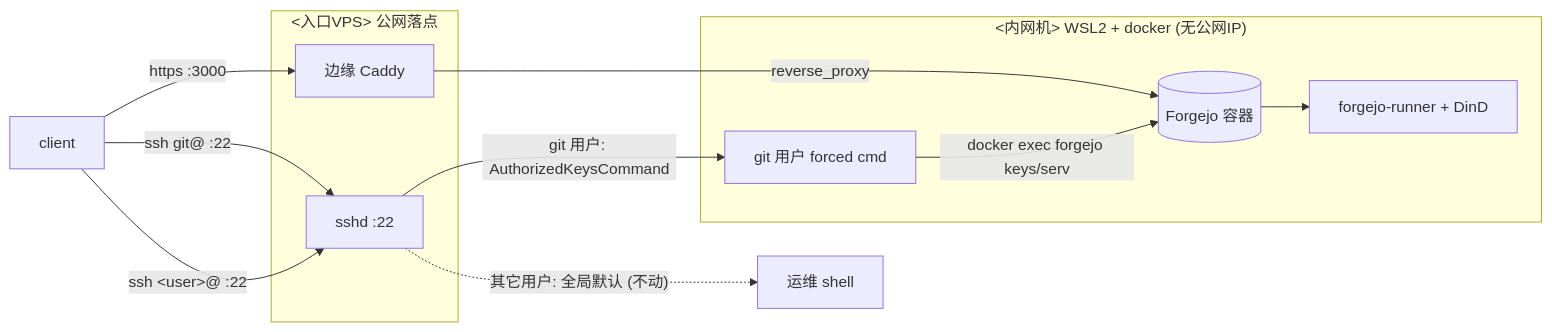
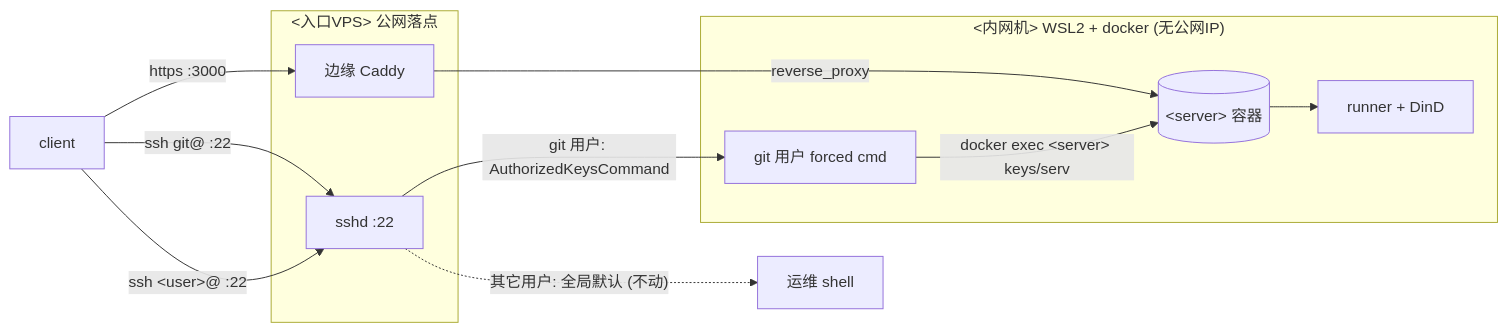
Before and after one commit to TMYTiMidlY/skills: the second of 2 diagrams in skills/.curated/software/references/git-server.md, drawn with Mermaid. The commit also changed other lines of this file, not shown here.

First line of the commit message:
docs(software/git-server): 重构为 Forgejo/Gitea 双栈平权指南（源码核实）

````diff
--- a/skills/.curated/software/references/git-server.md
+++ b/skills/.curated/software/references/git-server.md
@@ -85,25 +177,25 @@
 ```mermaid
 flowchart LR
     C[client]
 
     subgraph VPS["#60;入口VPS#62; 公网落点"]
         SSHD[sshd :22]
         CADDY[边缘 Caddy]
     end
 
     subgraph NEI["#60;内网机#62; WSL2 + docker (无公网IP)"]
         FWD["git 用户 forced cmd"]
-        FG[(Forgejo 容器)]
-        RUN[forgejo-runner + DinD]
+        FG[(#60;server#62; 容器)]
+        RUN[runner + DinD]
     end
 
     C -- "ssh git@ :22" --> SSHD
     C -- "ssh #60;user#62;@ :22" --> SSHD
     C -- "https :3000" --> CADDY
 
     SSHD -- "git 用户: AuthorizedKeysCommand" --> FWD
     SSHD -. "其它用户: 全局默认 (不动)" .-> OPS[运维 shell]
     CADDY -- "reverse_proxy" --> FG
-    FWD -- "docker exec forgejo keys/serv" --> FG
+    FWD -- "docker exec #60;server#62; keys/serv" --> FG
     FG --> RUN
 ```
````
